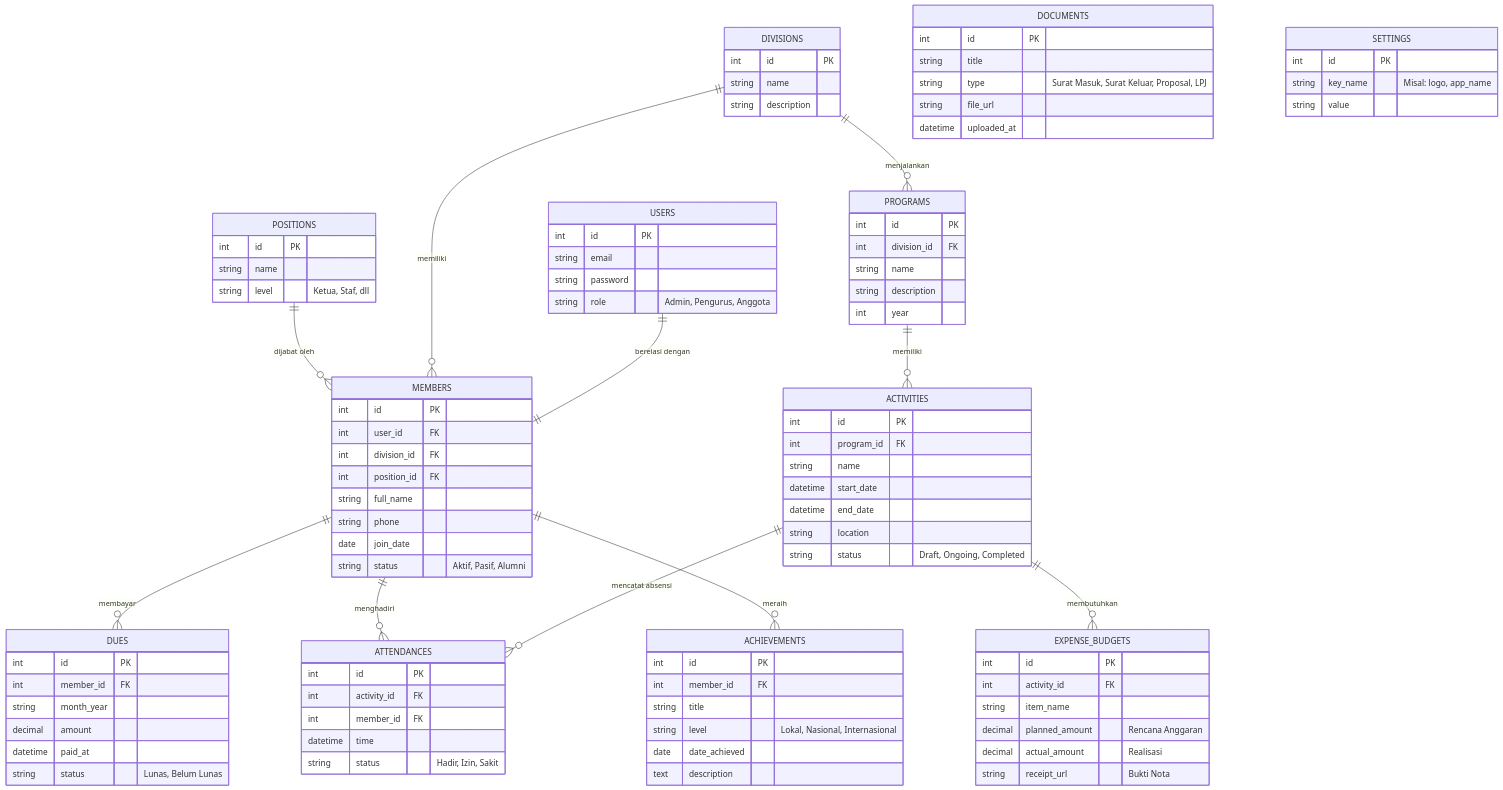
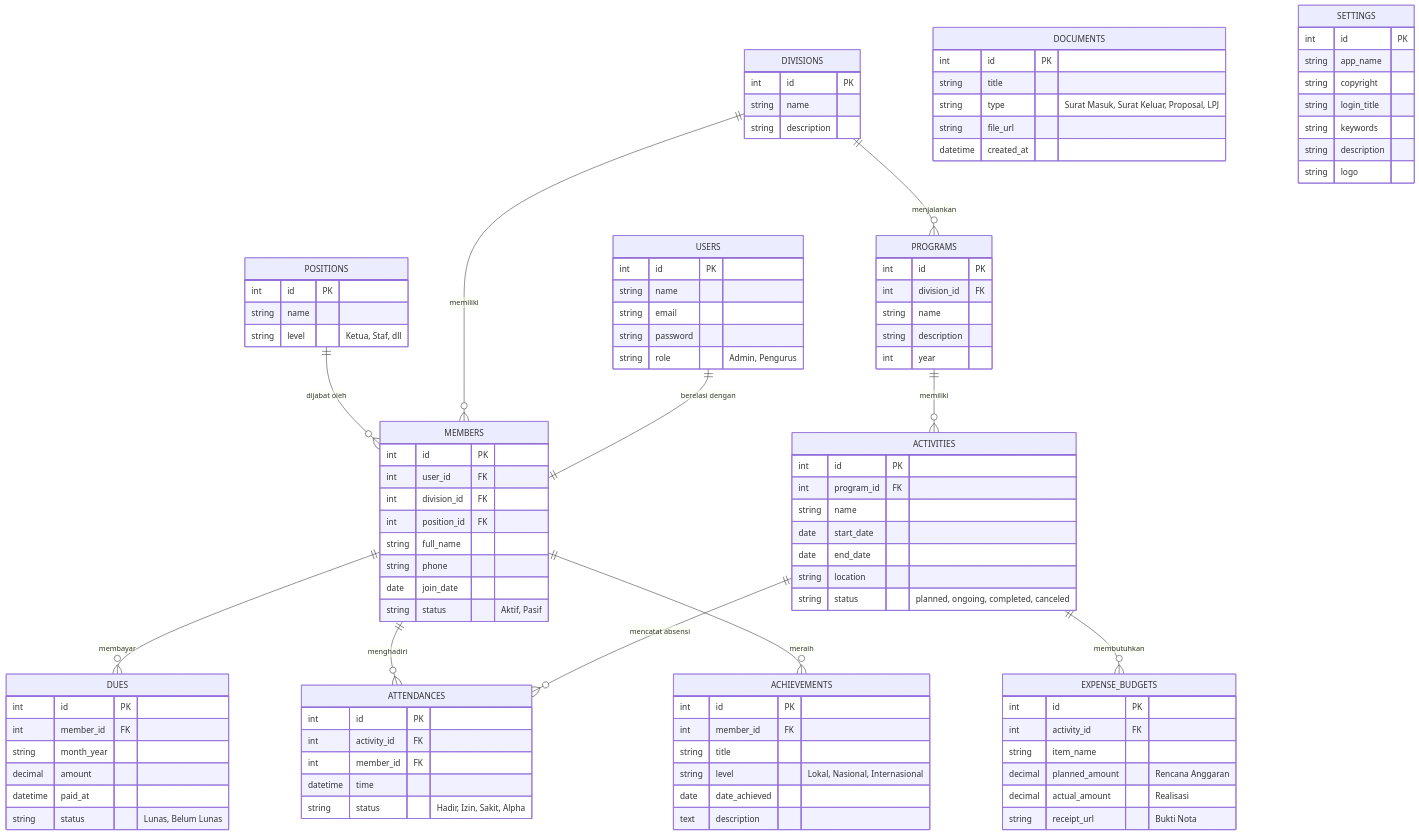
The diagram in PRD.md (nazwaaryuni/Tumbuh), drawn with Mermaid before and after one commit. The commit also changed 30 other files, not shown here.

````diff
--- a/PRD.md
+++ b/PRD.md
@@ -66,9 +66,10 @@
     
     USERS {
         int id PK
+        string name
         string email
         string password
-        string role "Admin, Pengurus, Anggota"
+        string role "Admin, Pengurus"
     }
 
     DIVISIONS {
@@ -91,7 +92,7 @@
         string full_name
         string phone
         date join_date
-        string status "Aktif, Pasif, Alumni"
+        string status "Aktif, Pasif"
     }
 
     PROGRAMS {
@@ -106,10 +107,10 @@
         int id PK
         int program_id FK
         string name
-        datetime start_date
-        datetime end_date
+        date start_date
+        date end_date
         string location
-        string status "Draft, Ongoing, Completed"
+        string status "planned, ongoing, completed, canceled"
     }
 
     ATTENDANCES {
@@ -117,7 +118,7 @@
         int activity_id FK
         int member_id FK
         datetime time
-        string status "Hadir, Izin, Sakit"
+        string status "Hadir, Izin, Sakit, Alpha"
     }
 
     EXPENSE_BUDGETS {
@@ -143,7 +144,7 @@
         string title
         string type "Surat Masuk, Surat Keluar, Proposal, LPJ"
         string file_url
-        datetime uploaded_at
+        datetime created_at
     }
 
     ACHIEVEMENTS {
@@ -157,7 +158,11 @@
 
     SETTINGS {
         int id PK
-        string key_name "Misal: logo, app_name"
-        string value
+        string app_name
+        string copyright
+        string login_title
+        string keywords
+        string description
+        string logo
     }
 ```
````
